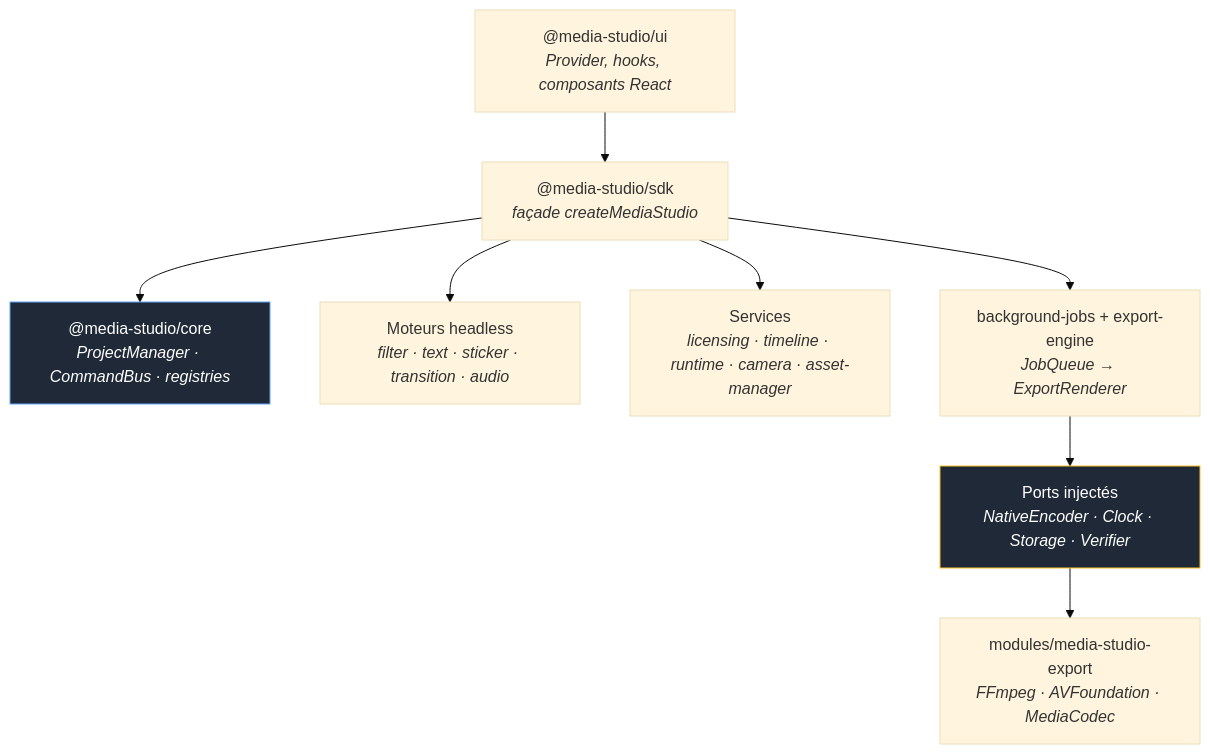
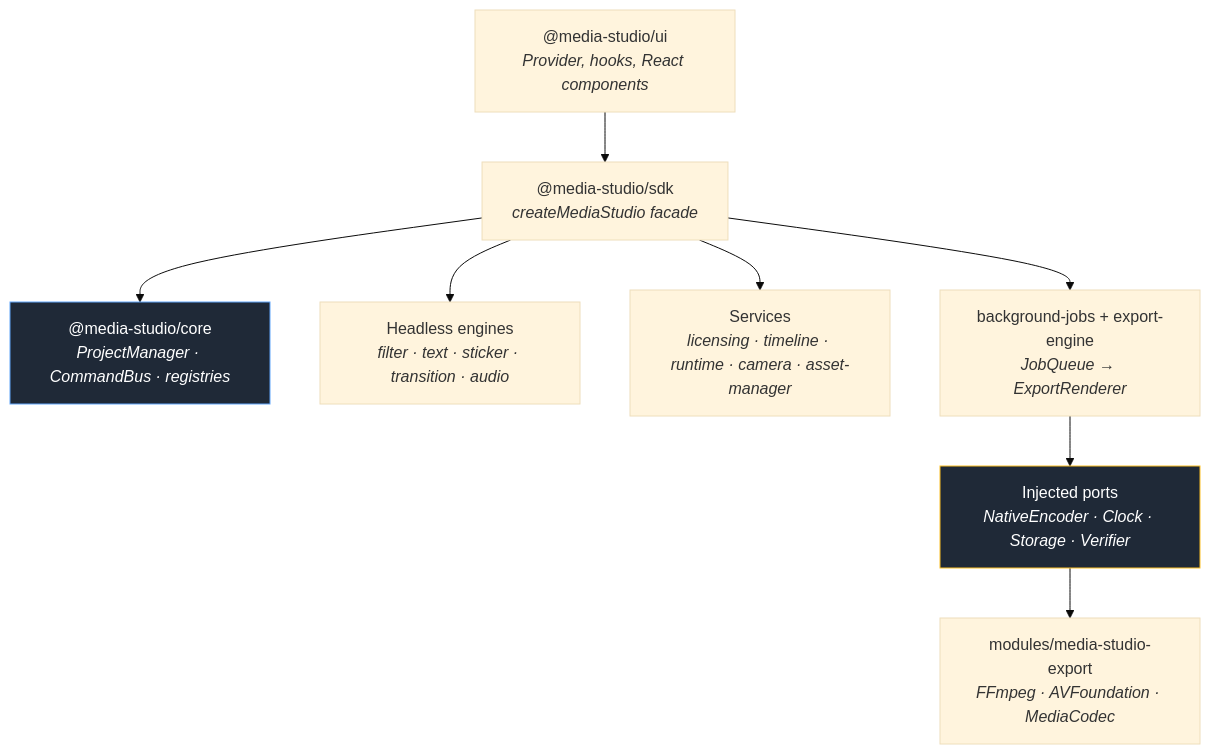
Before and after one commit to pasquelin/media-studio: the diagram in README.md, drawn with Mermaid (base theme). The commit also changed other lines of this file and 1 other file, not shown here.

````diff
--- a/README.md
+++ b/README.md
@@ -152,20 +152,20 @@
 ```mermaid
 flowchart TD
-    UI["@media-studio/ui<br/><i>Provider, hooks, composants React</i>"]
-    SDK["@media-studio/sdk<br/><i>façade createMediaStudio</i>"]
+    UI["@media-studio/ui<br/><i>Provider, hooks, React components</i>"]
+    SDK["@media-studio/sdk<br/><i>createMediaStudio facade</i>"]
     CORE["@media-studio/core<br/><i>ProjectManager · CommandBus · registries</i>"]
-    ENG["Moteurs headless<br/><i>filter · text · sticker · transition · audio</i>"]
+    ENG["Headless engines<br/><i>filter · text · sticker · transition · audio</i>"]
     SVC["Services<br/><i>licensing · timeline · runtime · camera · asset-manager</i>"]
     JOBS["background-jobs + export-engine<br/><i>JobQueue → ExportRenderer</i>"]
-    PORT["Ports injectés<br/><i>NativeEncoder · Clock · Storage · Verifier</i>"]
+    PORT["Injected ports<br/><i>NativeEncoder · Clock · Storage · Verifier</i>"]
     NAT["modules/media-studio-export<br/><i>FFmpeg · AVFoundation · MediaCodec</i>"]
 
     UI --> SDK --> CORE
     SDK --> ENG
     SDK --> SVC
     SDK --> JOBS
     JOBS --> PORT --> NAT
 
     style CORE fill:#1f2937,stroke:#60a5fa,color:#fff
     style PORT fill:#1f2937,stroke:#fbbf24,color:#fff
 ```
````
